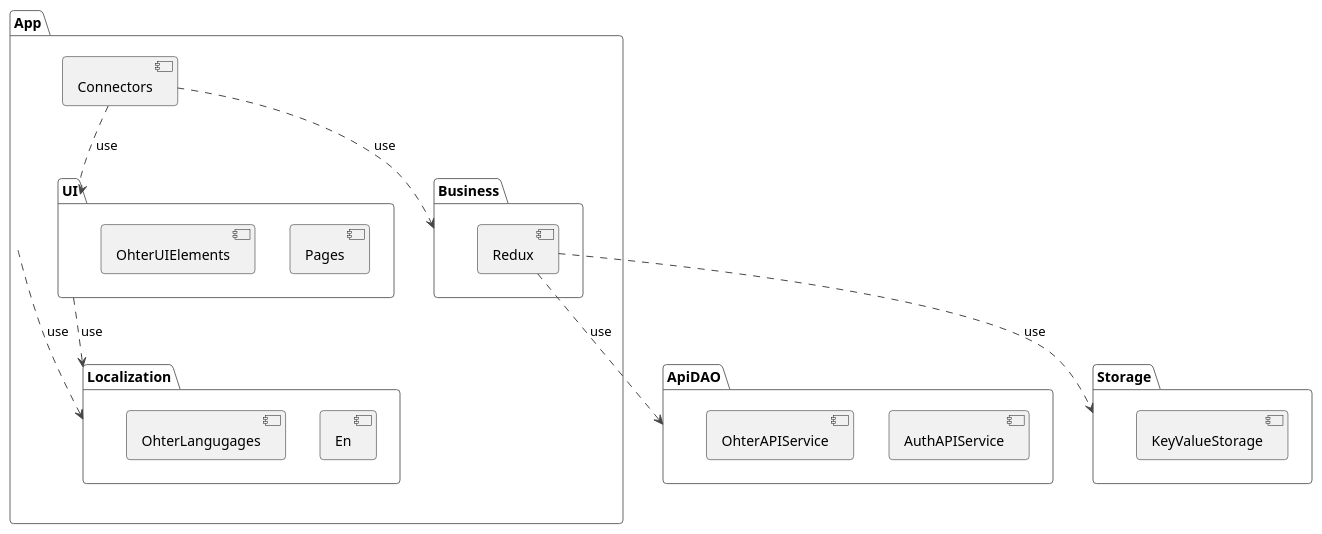
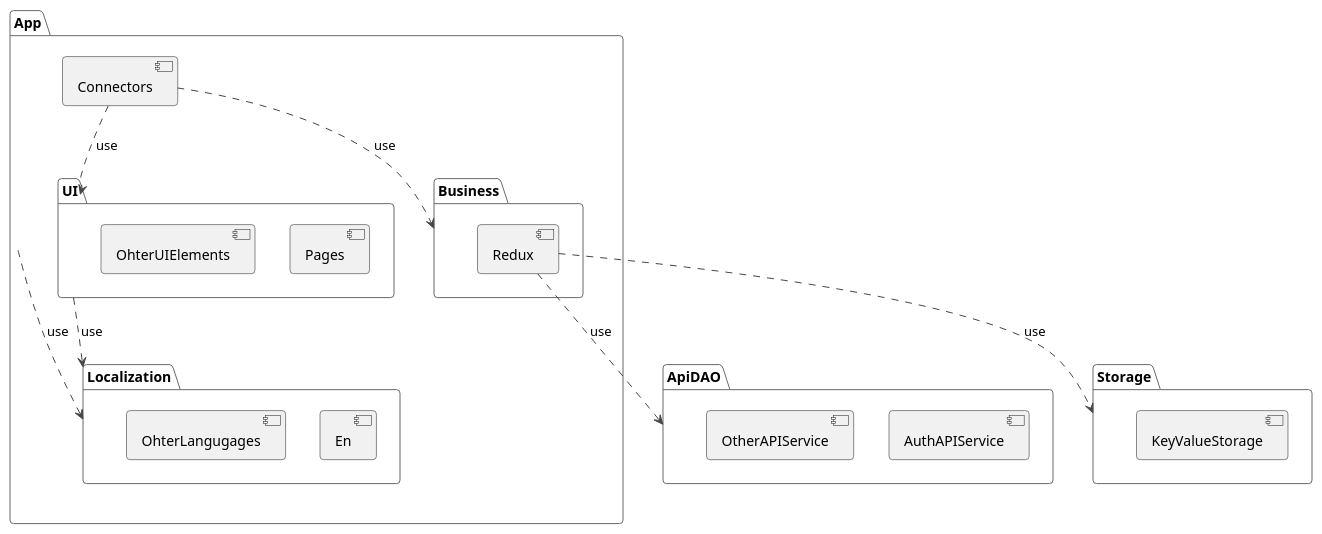
The diagram in doc/modules.pu (pro100andrey/flutter_redux_templates), drawn with PlantUML before and after one commit. The commit also changed 1 other file, not shown here.

```diff
--- a/doc/modules.pu
+++ b/doc/modules.pu
@@ -1,37 +1,37 @@
 @startuml "modules"
 !theme vibrant
 
 package "App" {
     [Connectors]
     Connectors ..> Business: use
     Connectors ..> UI: use
     App ..> Localization: use
 }
 
 package "UI" {
     UI ..> Localization: use
     [Pages]
     [OhterUIElements]
 }
 
 package "Localization" {
     [En]
     [OhterLangugages]
 }
 
 package "ApiDAO" {
     [AuthAPIService]
-    [OhterAPIService]
+    [OtherAPIService]
 }
 
 package "Storage" {
     [KeyValueStorage]
 }
 
 package "Business" {
     [Redux]
     Redux ..> Storage: use
     Redux ..> ApiDAO: use
 }
 
 @enduml
```
